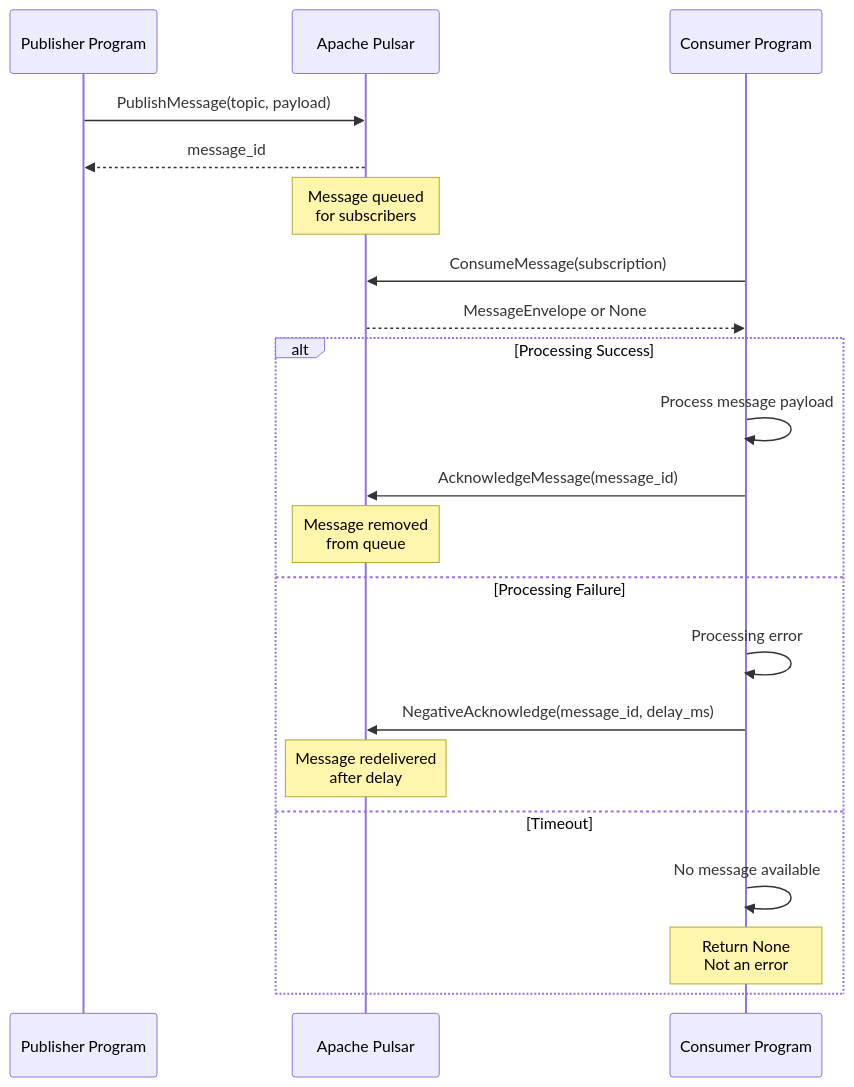
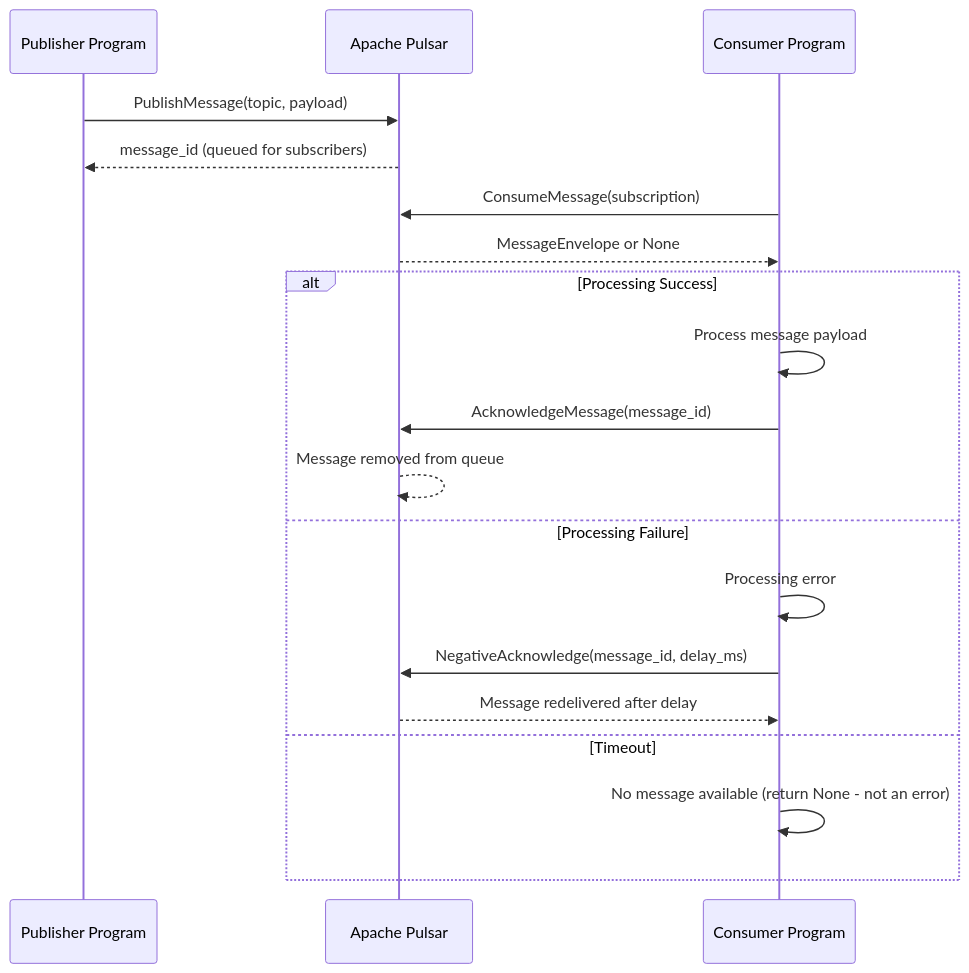
Before and after one commit to Tuee22/effectful: the diagram in documents/tutorials/08_messaging_effects.md, drawn with Mermaid. The commit also changed other lines of this file and 80 other files, not shown here.

````diff
--- a/documents/tutorials/08_messaging_effects.md
+++ b/documents/tutorials/08_messaging_effects.md
@@ -18,27 +18,24 @@
 ```mermaid
 sequenceDiagram
     participant Publisher as Publisher Program
     participant Pulsar as Apache Pulsar
     participant Consumer as Consumer Program
 
     Publisher->>Pulsar: PublishMessage(topic, payload)
-    Pulsar-->>Publisher: message_id
-
-    Note over Pulsar: Message queued<br/>for subscribers
+    Pulsar-->>Publisher: message_id (queued for subscribers)
 
     Consumer->>Pulsar: ConsumeMessage(subscription)
     Pulsar-->>Consumer: MessageEnvelope or None
 
     alt Processing Success
         Consumer->>Consumer: Process message payload
         Consumer->>Pulsar: AcknowledgeMessage(message_id)
-        Note over Pulsar: Message removed<br/>from queue
+        Pulsar-->>Pulsar: Message removed from queue
     else Processing Failure
         Consumer->>Consumer: Processing error
         Consumer->>Pulsar: NegativeAcknowledge(message_id, delay_ms)
-        Note over Pulsar: Message redelivered<br/>after delay
+        Pulsar-->>Consumer: Message redelivered after delay
     else Timeout
-        Consumer->>Consumer: No message available
-        Note over Consumer: Return None<br/>Not an error
+        Consumer->>Consumer: No message available (return None - not an error)
     end
 ```
````
